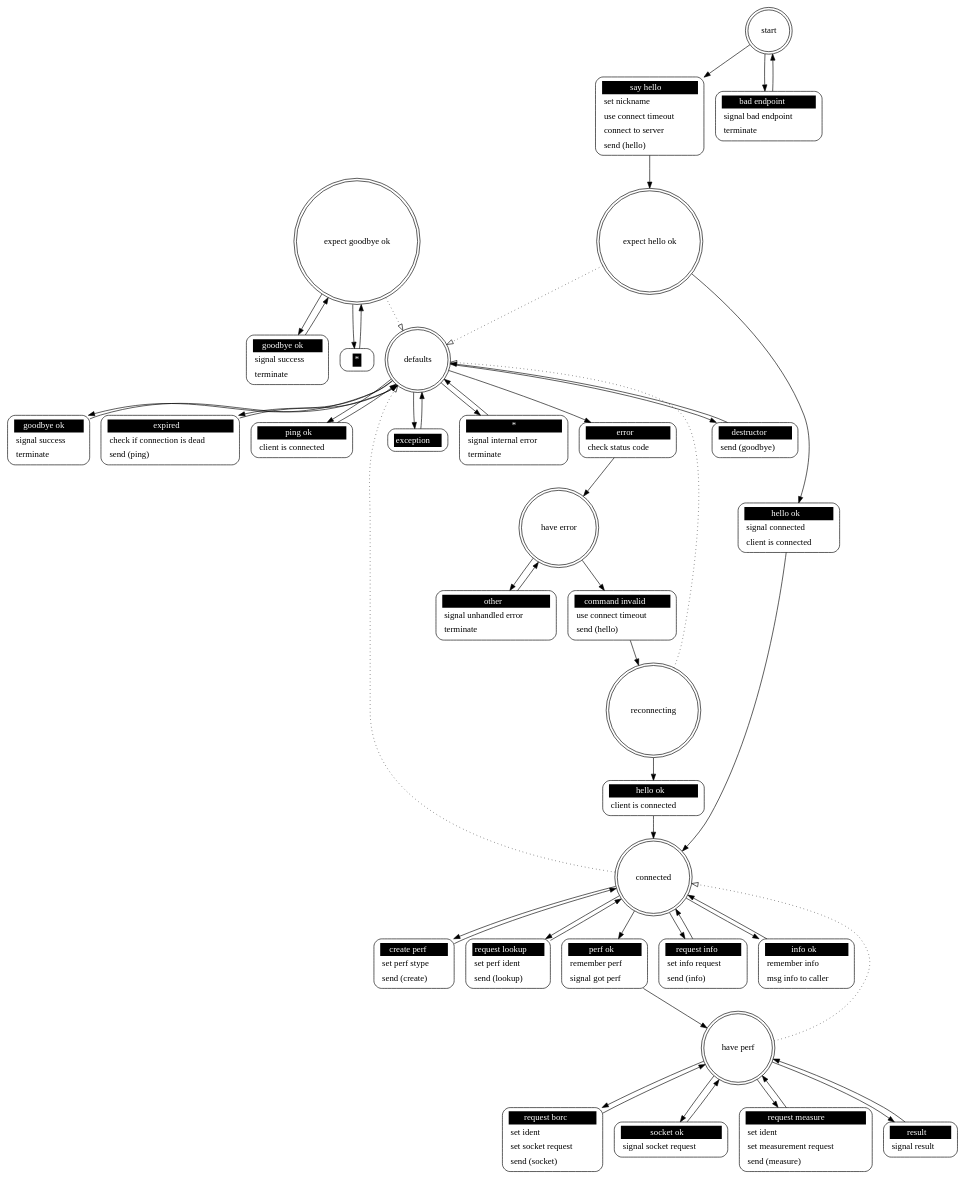
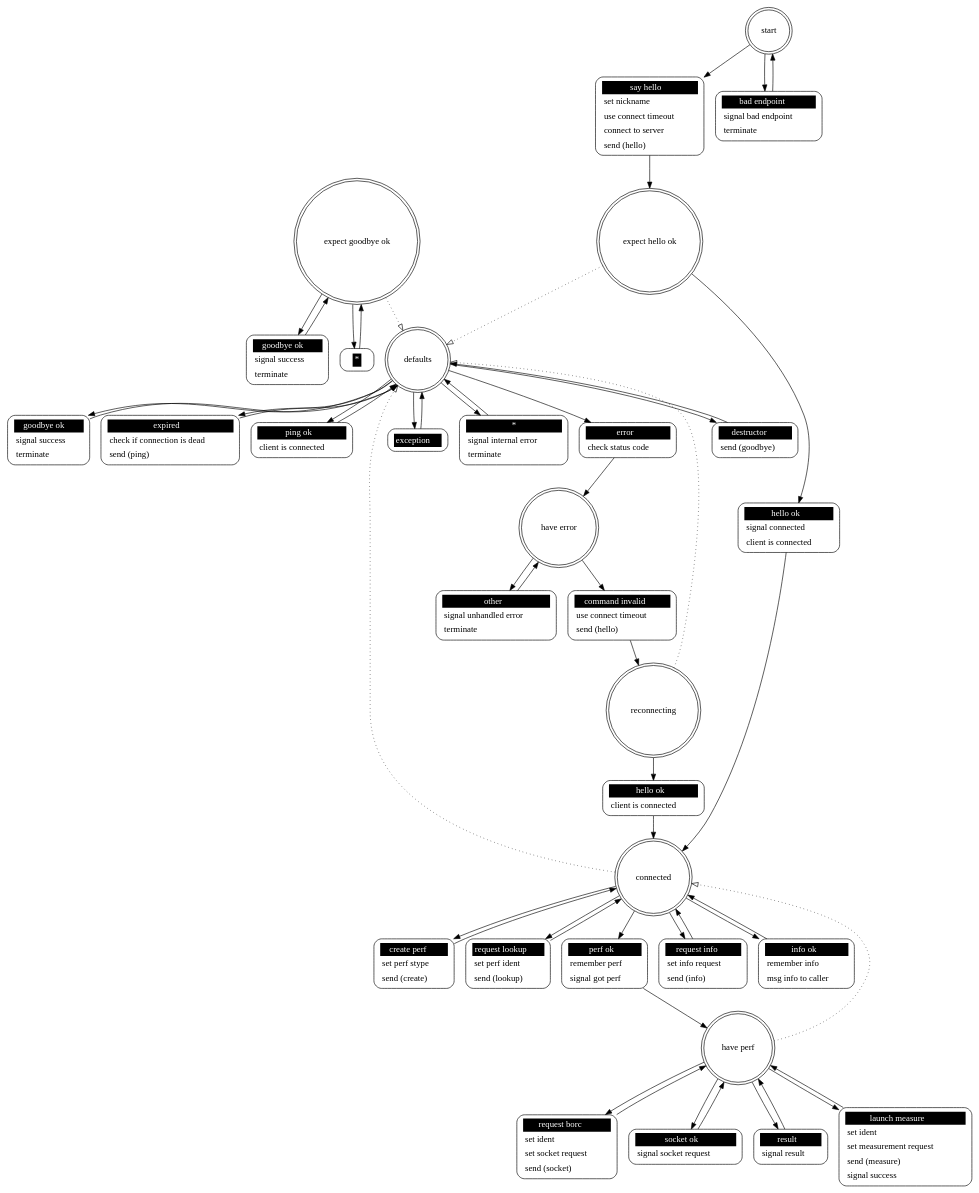
One commit to brettviren/zperfmq changed the diagram in src/zperf_client.dot. Above: the diagram before and after it, drawn with Graphviz. The commit also changed 4 other files, not shown here.

```diff
--- a/src/zperf_client.dot
+++ b/src/zperf_client.dot
@@ -1,96 +1,96 @@
 ## Automatically generated from zperf_client.xml by gsl
 digraph "zperf_client" {
  "expect hello ok" -> "defaults" [style=dotted,arrowhead=empty]
  "connected" -> "defaults" [style=dotted,arrowhead=empty]
  "have perf" -> "connected" [style=dotted,arrowhead=empty]
  "reconnecting" -> "defaults" [style=dotted,arrowhead=empty]
  "expect goodbye ok" -> "defaults" [style=dotted,arrowhead=empty]
 
  "start" [shape = "doublecircle"];
  "start say hello" [shape = "Mrecord" style = solid label = <<table border="0" cellborder="0" cellpadding="3" bgcolor="white"><tr><td bgcolor="black" align="center" colspan="2"><font color="white">say hello</font></td></tr><tr><td align="left" port="r3">set nickname</td></tr><tr><td align="left" port="r3">use connect timeout</td></tr><tr><td align="left" port="r3">connect to server</td></tr><tr><td align="left" port="r3">send (hello)</td></tr></table>>];
  "start" -> "start say hello";
  "start say hello" -> "expect hello ok";
  "start bad endpoint" [shape = "Mrecord" style = solid label = <<table border="0" cellborder="0" cellpadding="3" bgcolor="white"><tr><td bgcolor="black" align="center" colspan="2"><font color="white">bad endpoint</font></td></tr><tr><td align="left" port="r3">signal bad endpoint</td></tr><tr><td align="left" port="r3">terminate</td></tr></table>>];
  "start" -> "start bad endpoint";
  "start bad endpoint" -> "start";
 
  "expect hello ok" [shape = "doublecircle"];
  "expect hello ok hello ok" [shape = "Mrecord" style = solid label = <<table border="0" cellborder="0" cellpadding="3" bgcolor="white"><tr><td bgcolor="black" align="center" colspan="2"><font color="white">hello ok</font></td></tr><tr><td align="left" port="r3">signal connected</td></tr><tr><td align="left" port="r3">client is connected</td></tr></table>>];
  "expect hello ok" -> "expect hello ok hello ok";
  "expect hello ok hello ok" -> "connected";
 
  "connected" [shape = "doublecircle"];
  "connected create perf" [shape = "Mrecord" style = solid label = <<table border="0" cellborder="0" cellpadding="3" bgcolor="white"><tr><td bgcolor="black" align="center" colspan="2"><font color="white">create perf</font></td></tr><tr><td align="left" port="r3">set perf stype</td></tr><tr><td align="left" port="r3">send (create)</td></tr></table>>];
  "connected" -> "connected create perf";
  "connected create perf" -> "connected";
  "connected request lookup" [shape = "Mrecord" style = solid label = <<table border="0" cellborder="0" cellpadding="3" bgcolor="white"><tr><td bgcolor="black" align="center" colspan="2"><font color="white">request lookup</font></td></tr><tr><td align="left" port="r3">set perf ident</td></tr><tr><td align="left" port="r3">send (lookup)</td></tr></table>>];
  "connected" -> "connected request lookup";
  "connected request lookup" -> "connected";
  "connected perf ok" [shape = "Mrecord" style = solid label = <<table border="0" cellborder="0" cellpadding="3" bgcolor="white"><tr><td bgcolor="black" align="center" colspan="2"><font color="white">perf ok</font></td></tr><tr><td align="left" port="r3">remember perf</td></tr><tr><td align="left" port="r3">signal got perf</td></tr></table>>];
  "connected" -> "connected perf ok";
  "connected perf ok" -> "have perf";
  "connected request info" [shape = "Mrecord" style = solid label = <<table border="0" cellborder="0" cellpadding="3" bgcolor="white"><tr><td bgcolor="black" align="center" colspan="2"><font color="white">request info</font></td></tr><tr><td align="left" port="r3">set info request</td></tr><tr><td align="left" port="r3">send (info)</td></tr></table>>];
  "connected" -> "connected request info";
  "connected request info" -> "connected";
  "connected info ok" [shape = "Mrecord" style = solid label = <<table border="0" cellborder="0" cellpadding="3" bgcolor="white"><tr><td bgcolor="black" align="center" colspan="2"><font color="white">info ok</font></td></tr><tr><td align="left" port="r3">remember info</td></tr><tr><td align="left" port="r3">msg info to caller</td></tr></table>>];
  "connected" -> "connected info ok";
  "connected info ok" -> "connected";
 
  "have perf" [shape = "doublecircle"];
  "have perf request borc" [shape = "Mrecord" style = solid label = <<table border="0" cellborder="0" cellpadding="3" bgcolor="white"><tr><td bgcolor="black" align="center" colspan="2"><font color="white">request borc</font></td></tr><tr><td align="left" port="r3">set ident</td></tr><tr><td align="left" port="r3">set socket request</td></tr><tr><td align="left" port="r3">send (socket)</td></tr></table>>];
  "have perf" -> "have perf request borc";
  "have perf request borc" -> "have perf";
  "have perf socket ok" [shape = "Mrecord" style = solid label = <<table border="0" cellborder="0" cellpadding="3" bgcolor="white"><tr><td bgcolor="black" align="center" colspan="2"><font color="white">socket ok</font></td></tr><tr><td align="left" port="r3">signal socket request</td></tr></table>>];
  "have perf" -> "have perf socket ok";
  "have perf socket ok" -> "have perf";
- "have perf request measure" [shape = "Mrecord" style = solid label = <<table border="0" cellborder="0" cellpadding="3" bgcolor="white"><tr><td bgcolor="black" align="center" colspan="2"><font color="white">request measure</font></td></tr><tr><td align="left" port="r3">set ident</td></tr><tr><td align="left" port="r3">set measurement request</td></tr><tr><td align="left" port="r3">send (measure)</td></tr></table>>];
- "have perf" -> "have perf request measure";
- "have perf request measure" -> "have perf";
  "have perf result" [shape = "Mrecord" style = solid label = <<table border="0" cellborder="0" cellpadding="3" bgcolor="white"><tr><td bgcolor="black" align="center" colspan="2"><font color="white">result</font></td></tr><tr><td align="left" port="r3">signal result</td></tr></table>>];
  "have perf" -> "have perf result";
  "have perf result" -> "have perf";
+ "have perf launch measure" [shape = "Mrecord" style = solid label = <<table border="0" cellborder="0" cellpadding="3" bgcolor="white"><tr><td bgcolor="black" align="center" colspan="2"><font color="white">launch measure</font></td></tr><tr><td align="left" port="r3">set ident</td></tr><tr><td align="left" port="r3">set measurement request</td></tr><tr><td align="left" port="r3">send (measure)</td></tr><tr><td align="left" port="r3">signal success</td></tr></table>>];
+ "have perf" -> "have perf launch measure";
+ "have perf launch measure" -> "have perf";
 
  "defaults" [shape = "doublecircle"];
  "defaults destructor" [shape = "Mrecord" style = solid label = <<table border="0" cellborder="0" cellpadding="3" bgcolor="white"><tr><td bgcolor="black" align="center" colspan="2"><font color="white">destructor</font></td></tr><tr><td align="left" port="r3">send (goodbye)</td></tr></table>>];
  "defaults" -> "defaults destructor";
  "defaults destructor" -> "defaults";
  "defaults goodbye ok" [shape = "Mrecord" style = solid label = <<table border="0" cellborder="0" cellpadding="3" bgcolor="white"><tr><td bgcolor="black" align="center" colspan="2"><font color="white">goodbye ok</font></td></tr><tr><td align="left" port="r3">signal success</td></tr><tr><td align="left" port="r3">terminate</td></tr></table>>];
  "defaults" -> "defaults goodbye ok";
  "defaults goodbye ok" -> "defaults";
  "defaults expired" [shape = "Mrecord" style = solid label = <<table border="0" cellborder="0" cellpadding="3" bgcolor="white"><tr><td bgcolor="black" align="center" colspan="2"><font color="white">expired</font></td></tr><tr><td align="left" port="r3">check if connection is dead</td></tr><tr><td align="left" port="r3">send (ping)</td></tr></table>>];
  "defaults" -> "defaults expired";
  "defaults expired" -> "defaults";
  "defaults ping ok" [shape = "Mrecord" style = solid label = <<table border="0" cellborder="0" cellpadding="3" bgcolor="white"><tr><td bgcolor="black" align="center" colspan="2"><font color="white">ping ok</font></td></tr><tr><td align="left" port="r3">client is connected</td></tr></table>>];
  "defaults" -> "defaults ping ok";
  "defaults ping ok" -> "defaults";
  "defaults error" [shape = "Mrecord" style = solid label = <<table border="0" cellborder="0" cellpadding="3" bgcolor="white"><tr><td bgcolor="black" align="center" colspan="2"><font color="white">error</font></td></tr><tr><td align="left" port="r3">check status code</td></tr></table>>];
  "defaults" -> "defaults error";
  "defaults error" -> "have error";
  "defaults exception" [shape = "Mrecord" style = solid label = <<table border="0" cellborder="0" cellpadding="3" bgcolor="white"><tr><td bgcolor="black" align="center" colspan="2"><font color="white">exception</font></td></tr></table>>];
  "defaults" -> "defaults exception";
  "defaults exception" -> "defaults";
  "defaults *" [shape = "Mrecord" style = solid label = <<table border="0" cellborder="0" cellpadding="3" bgcolor="white"><tr><td bgcolor="black" align="center" colspan="2"><font color="white">*</font></td></tr><tr><td align="left" port="r3">signal internal error</td></tr><tr><td align="left" port="r3">terminate</td></tr></table>>];
  "defaults" -> "defaults *";
  "defaults *" -> "defaults";
 
  "have error" [shape = "doublecircle"];
  "have error command invalid" [shape = "Mrecord" style = solid label = <<table border="0" cellborder="0" cellpadding="3" bgcolor="white"><tr><td bgcolor="black" align="center" colspan="2"><font color="white">command invalid</font></td></tr><tr><td align="left" port="r3">use connect timeout</td></tr><tr><td align="left" port="r3">send (hello)</td></tr></table>>];
  "have error" -> "have error command invalid";
  "have error command invalid" -> "reconnecting";
  "have error other" [shape = "Mrecord" style = solid label = <<table border="0" cellborder="0" cellpadding="3" bgcolor="white"><tr><td bgcolor="black" align="center" colspan="2"><font color="white">other</font></td></tr><tr><td align="left" port="r3">signal unhandled error</td></tr><tr><td align="left" port="r3">terminate</td></tr></table>>];
  "have error" -> "have error other";
  "have error other" -> "have error";
 
  "reconnecting" [shape = "doublecircle"];
  "reconnecting hello ok" [shape = "Mrecord" style = solid label = <<table border="0" cellborder="0" cellpadding="3" bgcolor="white"><tr><td bgcolor="black" align="center" colspan="2"><font color="white">hello ok</font></td></tr><tr><td align="left" port="r3">client is connected</td></tr></table>>];
  "reconnecting" -> "reconnecting hello ok";
  "reconnecting hello ok" -> "connected";
 
  "expect goodbye ok" [shape = "doublecircle"];
  "expect goodbye ok goodbye ok" [shape = "Mrecord" style = solid label = <<table border="0" cellborder="0" cellpadding="3" bgcolor="white"><tr><td bgcolor="black" align="center" colspan="2"><font color="white">goodbye ok</font></td></tr><tr><td align="left" port="r3">signal success</td></tr><tr><td align="left" port="r3">terminate</td></tr></table>>];
  "expect goodbye ok" -> "expect goodbye ok goodbye ok";
  "expect goodbye ok goodbye ok" -> "expect goodbye ok";
  "expect goodbye ok *" [shape = "Mrecord" style = solid label = <<table border="0" cellborder="0" cellpadding="3" bgcolor="white"><tr><td bgcolor="black" align="center" colspan="2"><font color="white">*</font></td></tr></table>>];
  "expect goodbye ok" -> "expect goodbye ok *";
  "expect goodbye ok *" -> "expect goodbye ok";
 }
```
